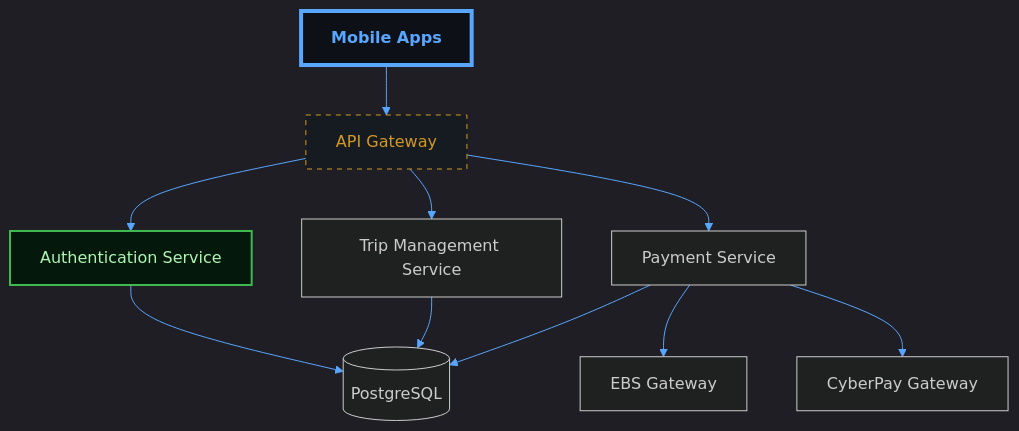
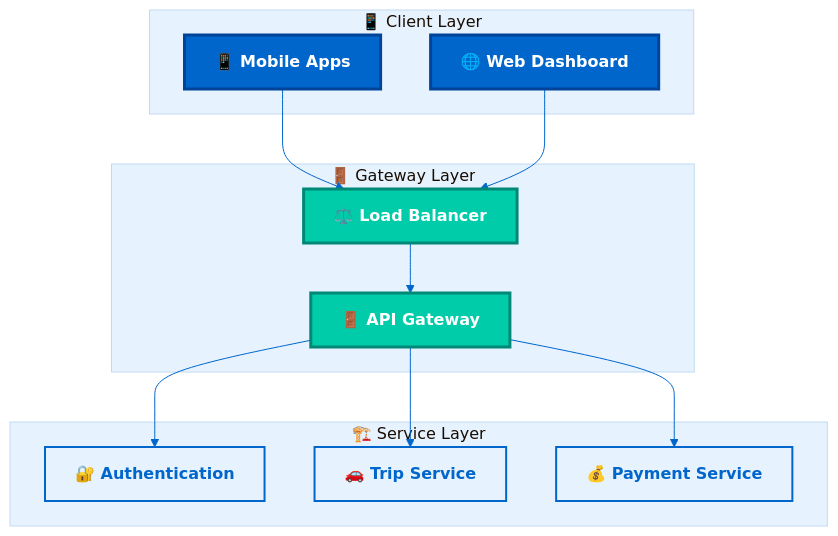
One commit to abdoElHodaky/transportapp changed the first of 4 diagrams in mermaid_v11_compatibility_test.md. Above: the diagram before and after it, drawn with Mermaid. The commit also changed other lines of this file and 2 other files, not shown here.

First line of the commit message:
📊 Comprehensive Mermaid v11+ Analysis & Documentation Update

````diff
--- a/mermaid_v11_compatibility_test.md
+++ b/mermaid_v11_compatibility_test.md
@@ -5,36 +30,48 @@
 ```mermaid
 %%{init: {
-  "theme": "dark",
-  "themeVariables": {
-    "primaryColor": "#0d1117",
-    "primaryTextColor": "#58a6ff",
-    "primaryBorderColor": "#58a6ff",
-    "lineColor": "#58a6ff"
-  },
-  "flowchart": {
-    "useMaxWidth": true,
-    "htmlLabels": true
+  'theme': 'base',
+  'themeVariables': {
+    'primaryColor': '#0066cc',
+    'primaryTextColor': '#ffffff',
+    'primaryBorderColor': '#004499',
+    'lineColor': '#0066cc',
+    'secondaryColor': '#00ccaa',
+    'tertiaryColor': '#e6f3ff',
+    'background': '#ffffff',
+    'mainBkg': '#0066cc',
+    'secondBkg': '#00ccaa',
+    'tertiaryBkg': '#e6f3ff'
   }
 }}%%
 graph TB
-    A["Mobile Apps"] --> B["API Gateway"]
-    B --> C["Authentication Service"]
-    B --> D["Trip Management Service"]
-    B --> E["Payment Service"]
+    subgraph "📱 Client Layer"
+        A[📱 Mobile Apps]
+        B[🌐 Web Dashboard]
+    end
     
-    C --> H[("PostgreSQL")]
-    D --> H
-    E --> H
+    subgraph "🚪 Gateway Layer"
+        C[⚖️ Load Balancer]
+        D[🚪 API Gateway]
+    end
     
-    E --> I["EBS Gateway"]
-    E --> J["CyberPay Gateway"]
-
-    %% --- DARK GRADIENT & GLOW STYLING ---
-    classDef main fill:#0d1117,stroke:#58a6ff,stroke-width:4px,color:#58a6ff,font-weight:bold;
-    classDef decision fill:#161b22,stroke:#d29922,color:#d29922,stroke-dasharray: 5 5;
-    classDef revNode fill:#04190b,stroke:#3fb950,color:#aff5b4,stroke-width:2px;
-
-    class A main;
-    class B decision;
-    class C revNode;
+    subgraph "🏗️ Service Layer"
+        E[🔐 Authentication]
+        F[🚗 Trip Service]
+        G[💰 Payment Service]
+    end
+    
+    A --> C
+    B --> C
+    C --> D
+    D --> E
+    D --> F
+    D --> G
+    
+    classDef client fill:#0066cc,stroke:#004499,stroke-width:3px,color:#ffffff,font-weight:bold
+    classDef gateway fill:#00ccaa,stroke:#008877,stroke-width:3px,color:#ffffff,font-weight:bold
+    classDef service fill:#e6f3ff,stroke:#0066cc,stroke-width:2px,color:#0066cc,font-weight:bold
+    
+    class A,B client
+    class C,D gateway
+    class E,F,G service
 ```
````
